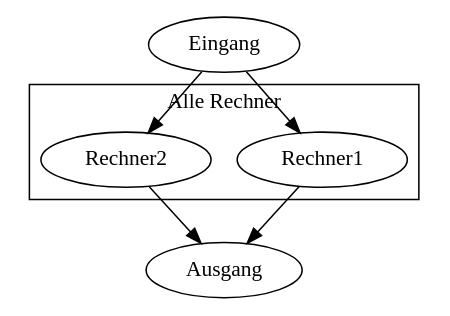
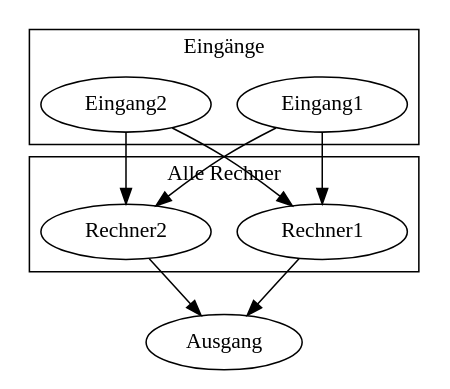
Before and after one commit to fubsi/studium-aufgaben: the diagram in Zuverlässigkeitsdiagramm.gv, drawn with Graphviz. The commit also changed 5 other files, not shown here.

```diff
--- a/Zuverlässigkeitsdiagramm.gv
+++ b/Zuverlässigkeitsdiagramm.gv
@@ -1,13 +1,19 @@
 digraph "Zuverlässigkeitsdiagramm" {
-	Eingang
+	subgraph "cluster_Eingänge" {
+		graph [label="Eingänge"]
+		Eingang1
+		Eingang2
+	}
 	subgraph "cluster_Alle Rechner" {
 		graph [label="Alle Rechner"]
 		Rechner1
 		Rechner2
 	}
-	Eingang -> Rechner1
-	Eingang -> Rechner2
+	Eingang1 -> Rechner1
+	Eingang2 -> Rechner1
+	Eingang1 -> Rechner2
+	Eingang2 -> Rechner2
 	Ausgang
 	Rechner1 -> Ausgang
 	Rechner2 -> Ausgang
 }
```
